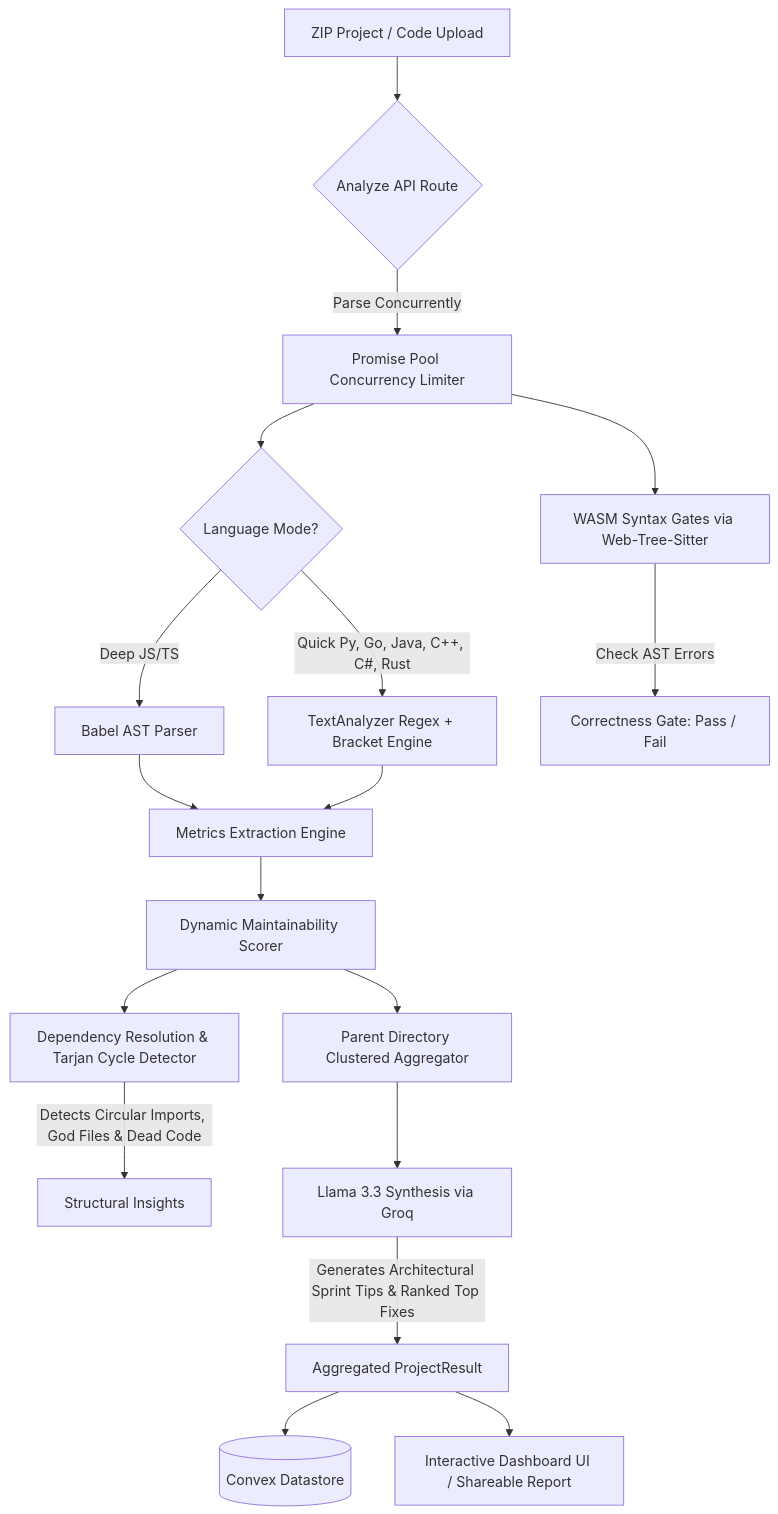
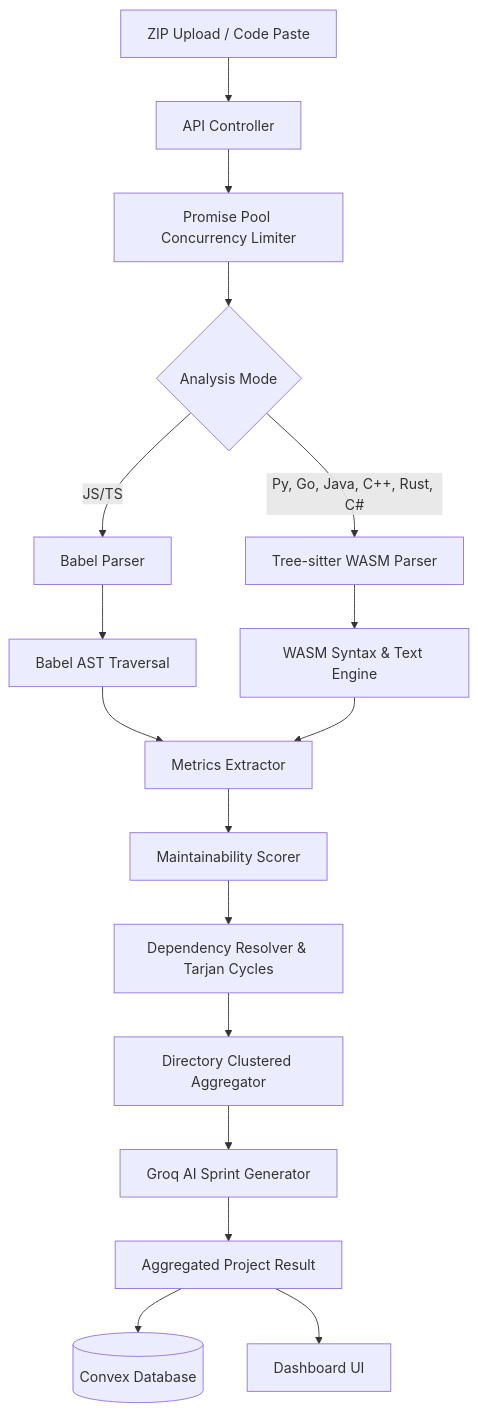
Before and after one commit to chavaliadi/codentia: the first of 3 diagrams in README.md, drawn with Mermaid. The commit also changed other lines of this file, not shown here.

````diff
--- a/README.md
+++ b/README.md
@@ -15,26 +78,22 @@
 ```mermaid
 flowchart TD
-    A[ZIP Project / Code Upload] --> B{Analyze API Route}
-    B -->|Parse Concurrently| C[Promise Pool Concurrency Limiter]
-    C --> D{Language Mode?}
-    D -->|Deep JS/TS| E[Babel AST Parser]
-    D -->|Quick Py, Go, Java, C++, C#, Rust| F[TextAnalyzer Regex + Bracket Engine]
+    A[ZIP Upload / Code Paste] --> B[API Controller]
+    B --> C[Promise Pool Concurrency Limiter]
+    C --> D{Analysis Mode}
+    D -->|JS/TS| E[Babel Parser]
+    D -->|Py, Go, Java, C++, Rust, C#| F[Tree-sitter WASM Parser]
     
-    C --> G[WASM Syntax Gates via Web-Tree-Sitter]
-    G -->|Check AST Errors| H[Correctness Gate: Pass / Fail]
+    E --> G[Babel AST Traversal]
+    F --> H[WASM Syntax & Text Engine]
     
-    E --> I[Metrics Extraction Engine]
-    F --> I
+    G --> I[Metrics Extractor]
+    H --> I
     
-    I --> J[Dynamic Maintainability Scorer]
-    
-    J --> K[Dependency Resolution & Tarjan Cycle Detector]
-    K -->|Detects Circular Imports, God Files & Dead Code| L[Structural Insights]
-    
-    J --> M[Parent Directory Clustered Aggregator]
-    M --> N[Llama 3.3 Synthesis via Groq]
-    N -->|Generates Architectural Sprint Tips & Ranked Top Fixes| O[Aggregated ProjectResult]
-    
-    O --> P[(Convex Datastore)]
-    O --> Q[Interactive Dashboard UI / Shareable Report]
+    I --> J[Maintainability Scorer]
+    J --> K[Dependency Resolver & Tarjan Cycles]
+    K --> L[Directory Clustered Aggregator]
+    L --> M[Groq AI Sprint Generator]
+    M --> N[Aggregated Project Result]
+    N --> O[(Convex Database)]
+    N --> P[Dashboard UI]
 ```
````
